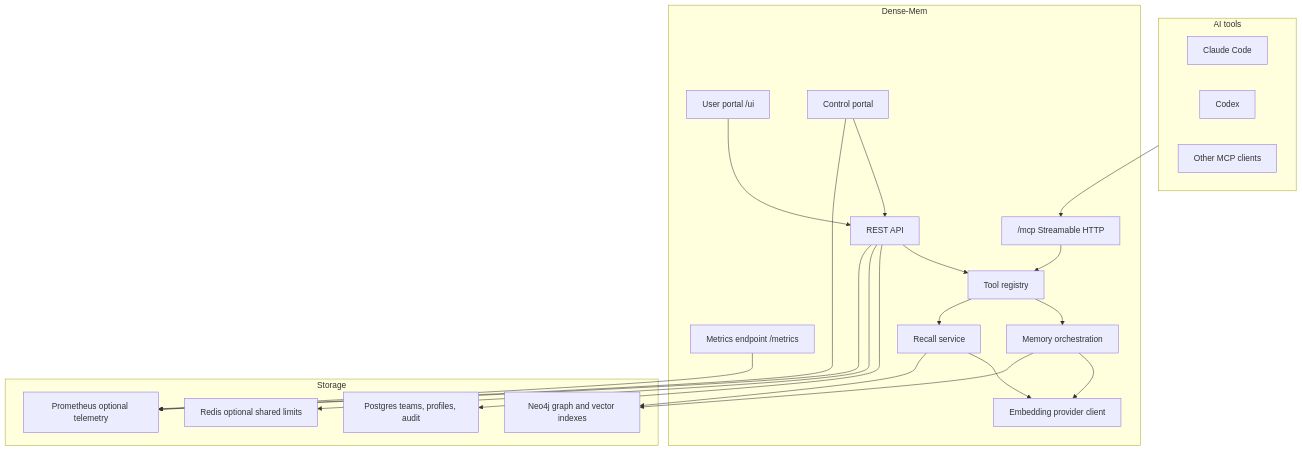
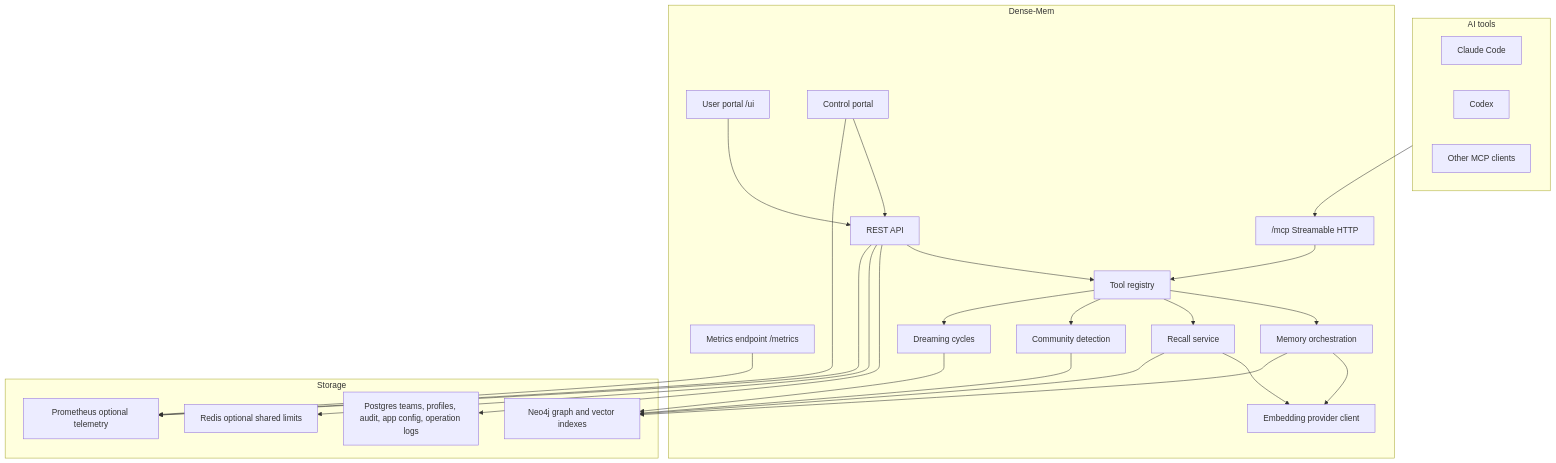
The first of 3 diagrams in Architecture.md (markhuangai/dense-mem), drawn with Mermaid before and after one commit. The commit also changed other lines of this file and 9 other files, not shown here.

Commit message:
docs: document community memory and dreaming

````diff
--- a/Architecture.md
+++ b/Architecture.md
@@ -11,44 +11,50 @@
 ```mermaid
 flowchart TB
   subgraph Hosts["AI tools"]
     Claude["Claude Code"]
     Codex["Codex"]
     Other["Other MCP clients"]
   end
 
   subgraph DenseMem["Dense-Mem"]
     MCP["/mcp Streamable HTTP"]
     REST["REST API"]
     UserPortal["User portal /ui"]
     Portal["Control portal"]
     Metrics["Metrics endpoint /metrics"]
     Registry["Tool registry"]
     Memory["Memory orchestration"]
     Recall["Recall service"]
+    Communities["Community detection"]
+    Dreaming["Dreaming cycles"]
     Embeds["Embedding provider client"]
   end
 
   subgraph Storage["Storage"]
-    Postgres["Postgres teams, profiles, audit"]
+    Postgres["Postgres teams, profiles, audit, app config, operation logs"]
     Neo4j["Neo4j graph and vector indexes"]
     Redis["Redis optional shared limits"]
     Prometheus["Prometheus optional telemetry"]
   end
 
   Hosts --> MCP
   MCP --> Registry
   REST --> Registry
   UserPortal --> REST
   Portal --> REST
   Registry --> Memory
   Registry --> Recall
+  Registry --> Communities
+  Registry --> Dreaming
   Memory --> Embeds
   Recall --> Embeds
   Memory --> Neo4j
   Recall --> Neo4j
+  Communities --> Neo4j
+  Dreaming --> Neo4j
   REST --> Postgres
   REST --> Redis
   Metrics --> Prometheus
   REST --> Prometheus
   Portal --> Prometheus
 ```
````
